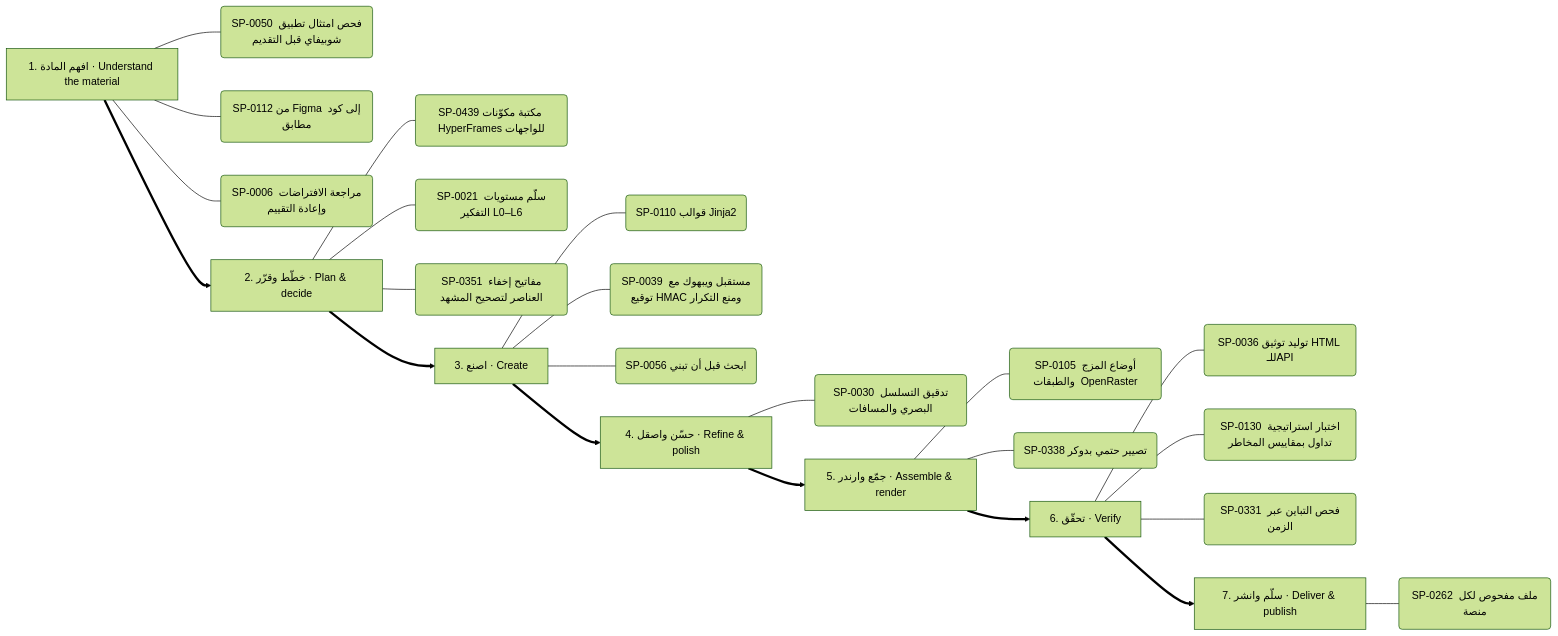
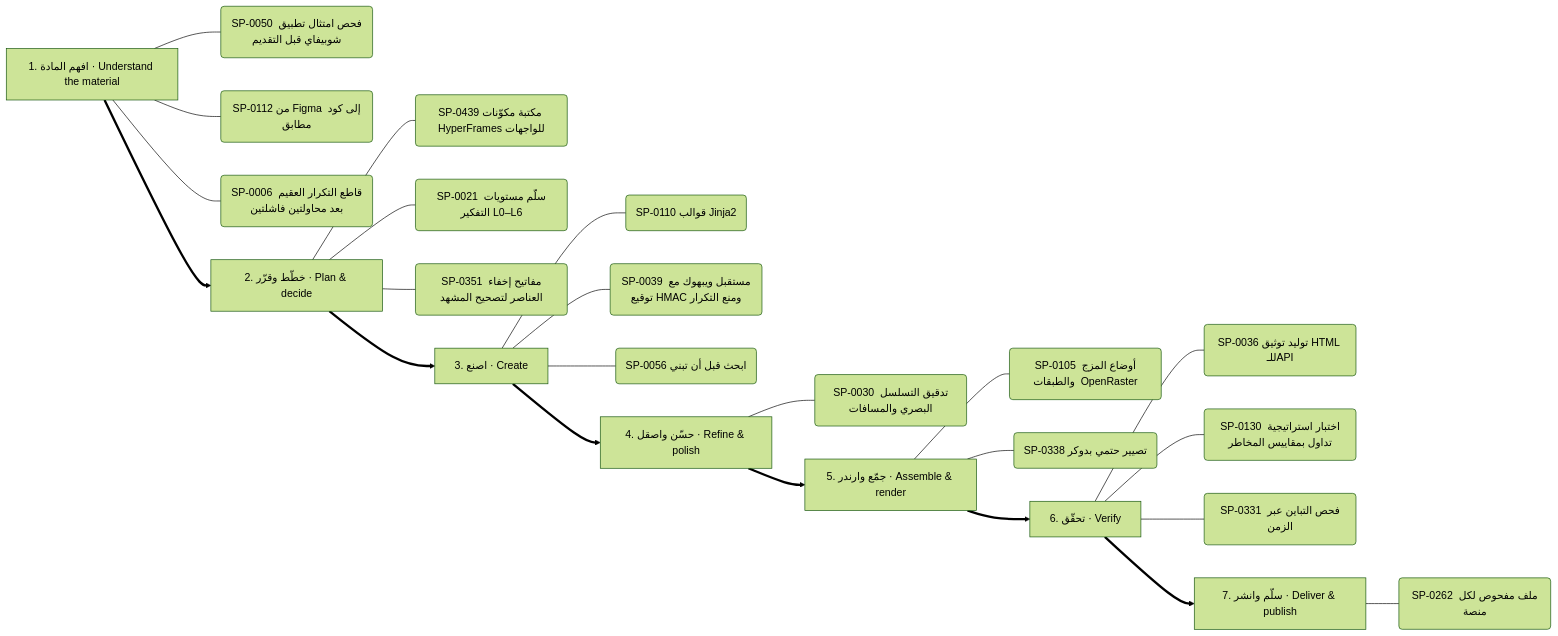
One commit to kosif199022-jpg/kosif-tool changed the ninth of 13 diagrams in .claude/skills/kosif-superpowers/references/capability-mindmap.md. Above: the diagram before and after it, drawn with Mermaid (forest theme). The commit also changed other lines of this file and 37 other files, not shown here.

````diff
--- a/.claude/skills/kosif-superpowers/references/capability-mindmap.md
+++ b/.claude/skills/kosif-superpowers/references/capability-mindmap.md
@@ -455,32 +455,32 @@
 ```mermaid
 flowchart LR
   S0["1. افهم المادة · Understand the material"]
   S0 --- S0_0("SP-0050 فحص امتثال تطبيق شوبيفاي قبل التقديم")
   S0 --- S0_1("SP-0112 من Figma إلى كود مطابق")
-  S0 --- S0_2("SP-0006 مراجعة الافتراضات وإعادة التقييم")
+  S0 --- S0_2("SP-0006 قاطع التكرار العقيم بعد محاولتين فاشلتين")
   S1["2. خطّط وقرّر · Plan & decide"]
   S1 --- S1_0("SP-0439 مكتبة مكوّنات HyperFrames للواجهات")
   S1 --- S1_1("SP-0021 سلّم مستويات التفكير L0–L6")
   S1 --- S1_2("SP-0351 مفاتيح إخفاء العناصر لتصحيح المشهد")
   S0 ==> S1
   S2["3. اصنع · Create"]
   S2 --- S2_0("SP-0110 قوالب Jinja2")
   S2 --- S2_1("SP-0039 مستقبل ويبهوك مع توقيع HMAC ومنع التكرار")
   S2 --- S2_2("SP-0056 ابحث قبل أن تبني")
   S1 ==> S2
   S3["4. حسّن واصقل · Refine & polish"]
   S3 --- S3_0("SP-0030 تدقيق التسلسل البصري والمسافات")
   S2 ==> S3
   S4["5. جمّع وارندر · Assemble & render"]
   S4 --- S4_0("SP-0105 أوضاع المزج والطبقات  OpenRaster ")
   S4 --- S4_1("SP-0338 تصيير حتمي بدوكر")
   S3 ==> S4
   S5["6. تحقّق · Verify"]
   S5 --- S5_0("SP-0036 توليد توثيق HTML للـAPI")
   S5 --- S5_1("SP-0130 اختبار استراتيجية تداول بمقاييس المخاطر")
   S5 --- S5_2("SP-0331 فحص التباين عبر الزمن")
   S4 ==> S5
   S6["7. سلّم وانشر · Deliver & publish"]
   S6 --- S6_0("SP-0262 ملف مفحوص لكل منصة")
   S5 ==> S6
 ```
````
